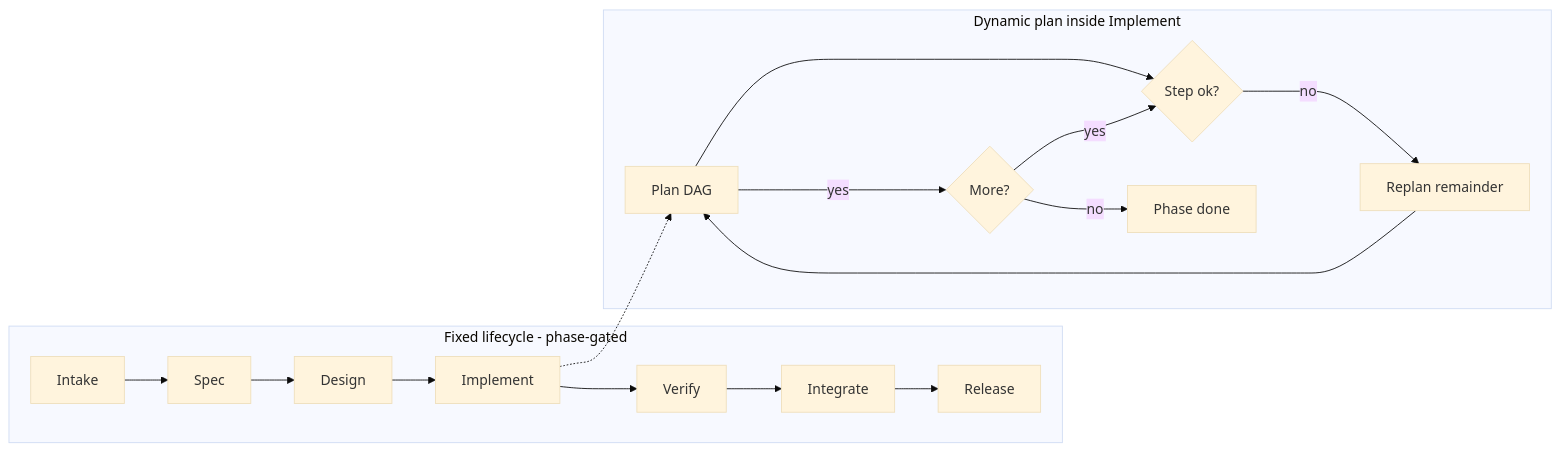
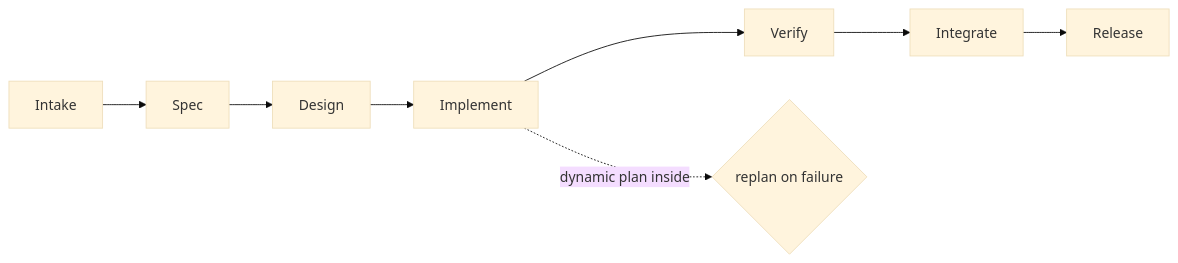
Diagram 11 of 14 in research/autonomous-agent-fleet.md (JNK234/claude-dotfiles), drawn with Mermaid (base theme) before and after one commit. The commit also changed other lines of this file, not shown here.

First line of the commit message:
Revise design doc to Draft 4 after adversarial critique round 2 (converged)

````diff
--- a/research/autonomous-agent-fleet.md
+++ b/research/autonomous-agent-fleet.md
@@ -361,13 +309,5 @@
 ```mermaid
 flowchart LR
-  subgraph Fixed[Fixed lifecycle - phase-gated]
-    a[Intake]-->b[Spec]-->c[Design]-->d[Implement]-->e[Verify]-->f[Integrate]-->g[Release]
-  end
-  subgraph Dyn[Dynamic plan inside Implement]
-    p[Plan DAG]-->x{Step ok?}
-    x-->|no|rp[Replan remainder]-->p
-    x-->|yes|nx{More?}-->|yes|x
-    nx-->|no|done[Phase done]
-  end
-  d-.->p
+  a[Intake]-->b[Spec]-->c[Design]-->d[Implement]-->e[Verify]-->f[Integrate]-->g[Release]
+  d-.dynamic plan inside.->h{replan on failure}
 ```
````
